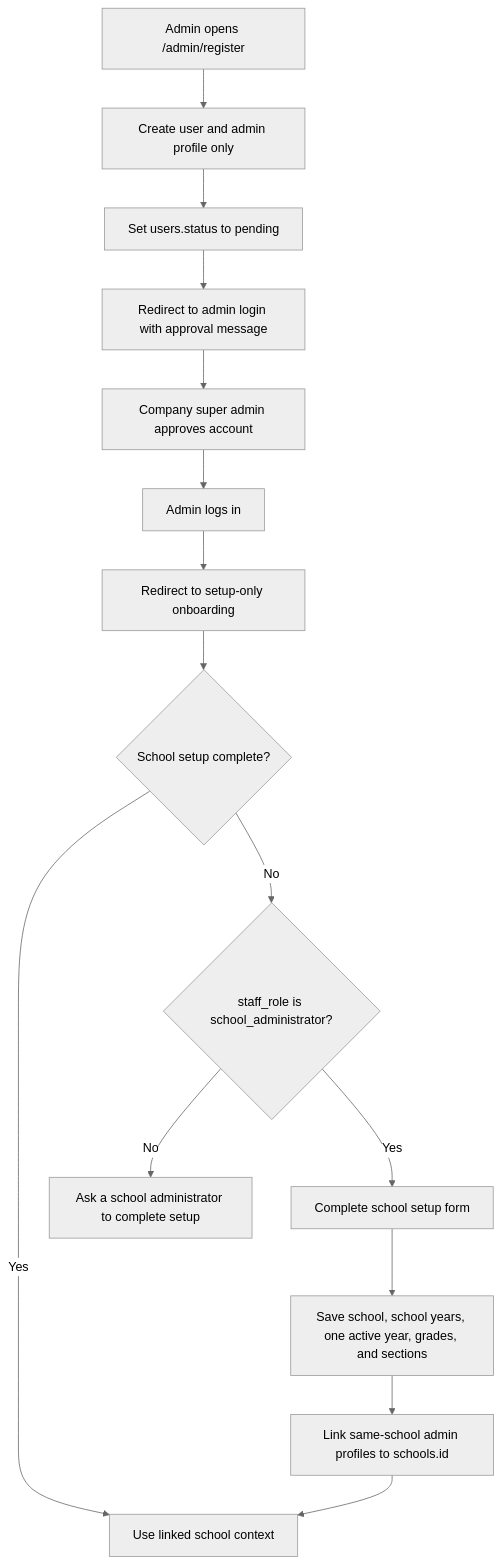
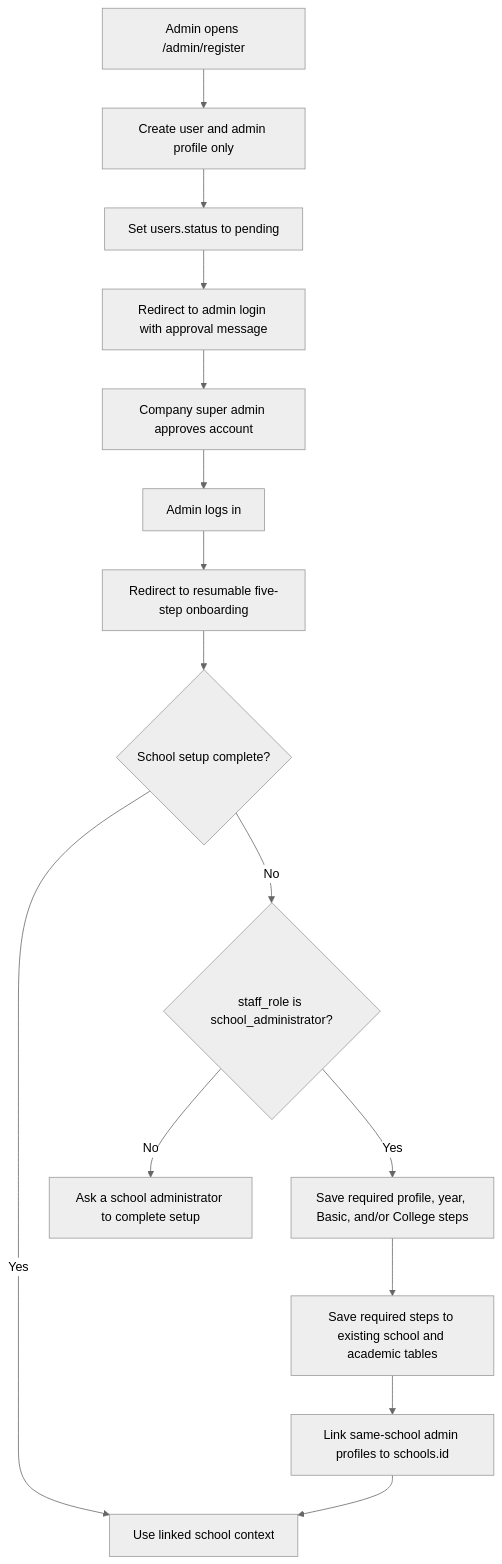
One commit to Xeyn19/xmetapay changed the second of 7 diagrams in docs/DATABASE_SCHEMA_PLAN.md. Above: the diagram before and after it, drawn with Mermaid (neutral theme). The commit also changed other lines of this file and 16 other files, not shown here.

````diff
--- a/docs/DATABASE_SCHEMA_PLAN.md
+++ b/docs/DATABASE_SCHEMA_PLAN.md
@@ -826,17 +828,17 @@
 ```mermaid
 flowchart TD
   A["Admin opens /admin/register"] --> B["Create user and admin profile only"]
   B --> C["Set users.status to pending"]
   C --> D["Redirect to admin login with approval message"]
   D --> E["Company super admin approves account"]
   E --> F["Admin logs in"]
-  F --> G["Redirect to setup-only onboarding"]
+  F --> G["Redirect to resumable five-step onboarding"]
   G --> H{"School setup complete?"}
   H -->|Yes| I["Use linked school context"]
   H -->|No| J{"staff_role is school_administrator?"}
   J -->|No| K["Ask a school administrator to complete setup"]
-  J -->|Yes| L["Complete school setup form"]
-  L --> M["Save school, school years, one active year, grades, and sections"]
+  J -->|Yes| L["Save required profile, year, Basic, and/or College steps"]
+  L --> M["Save required steps to existing school and academic tables"]
   M --> N["Link same-school admin profiles to schools.id"]
   N --> I
 ```
````
